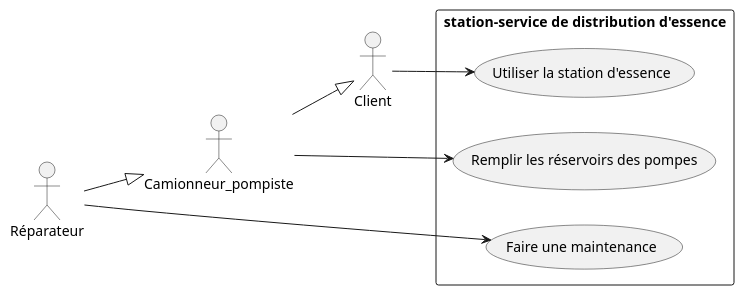
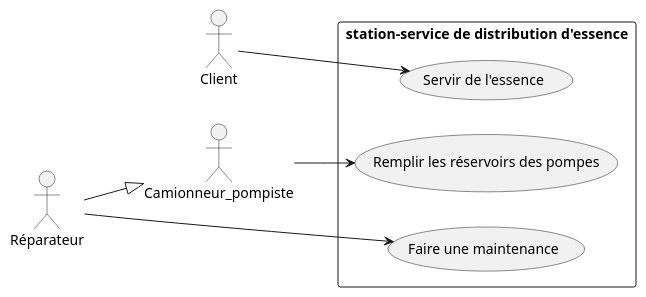
Before and after one commit to MonsieurClavett/1SY-AnalyseObjet: the diagram in UML/Exercices01/question01.4.wsd, drawn with PlantUML. The commit also changed 4 other files, not shown here.

```diff
--- a/UML/Exercices01/question01.4.wsd
+++ b/UML/Exercices01/question01.4.wsd
@@ -1,21 +1,20 @@
 @startuml
 left to right direction
 
 actor Client
 actor Camionneur_pompiste
 actor Réparateur
 
-Camionneur_pompiste --|> Client
 Réparateur --|> Camionneur_pompiste
 
 rectangle "station-service de distribution d'essence" {
-    usecase "Utiliser la station d'essence" as UC1
+    usecase "Servir de l'essence" as UC1
     usecase "Remplir les réservoirs des pompes" as UC2
     usecase "Faire une maintenance" as UC3
 }
 
 Client --> UC1
 Camionneur_pompiste --> UC2
 Réparateur --> UC3
 
 @enduml
```
